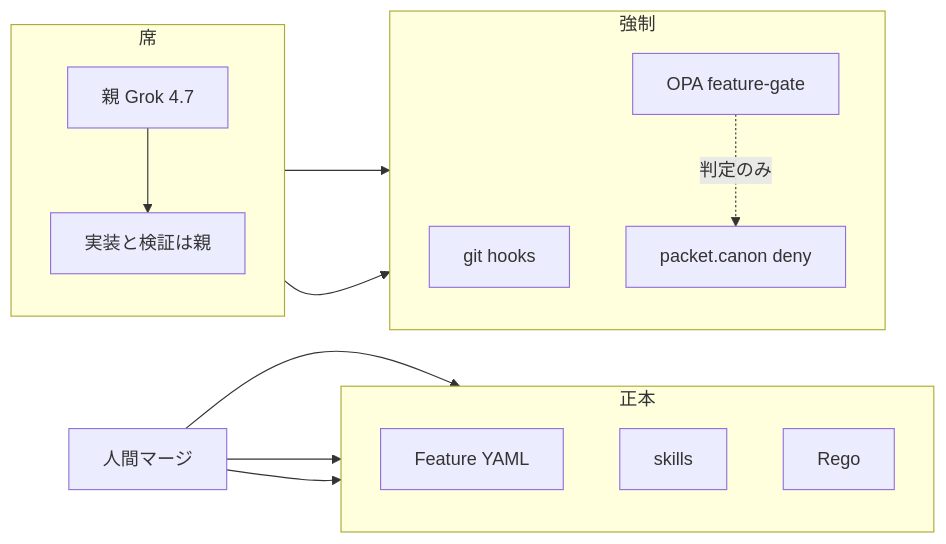
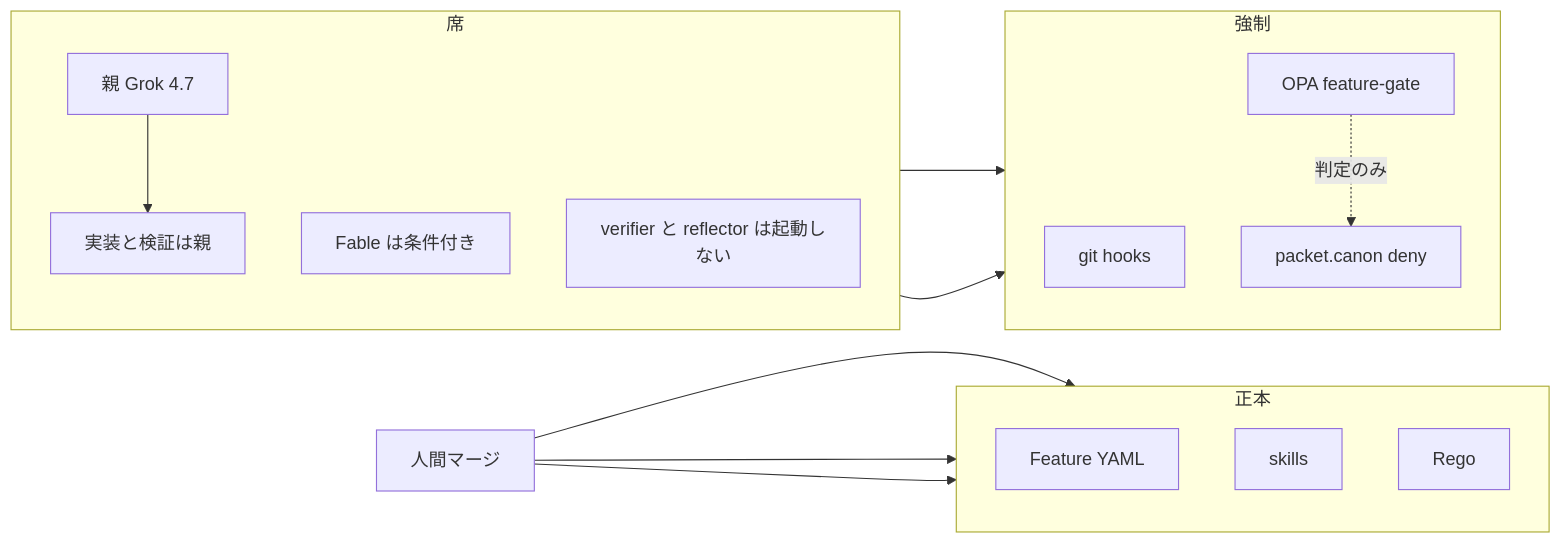
The third of 4 diagrams in README.md (marumo333/marumo333-cursor-harness), drawn with Mermaid before and after one commit. The commit also changed other lines of this file and 4 other files, not shown here.

Commit message:
docs: 図に親と条件付きのエージェントを入れる。

````diff
--- a/README.md
+++ b/README.md
@@ -140,30 +141,32 @@
 ```mermaid
 flowchart LR
   subgraph seats["席"]
     direction TB
     G["親 Grok 4.7"]
     IMP["実装と検証は親"]
+    BA["Fable は条件付き"]
+    OFF["verifier と reflector は起動しない"]
   end
 
   subgraph force["強制"]
     direction TB
     Hook["git hooks"]
     Gate["OPA feature-gate"]
     Packet["packet.canon deny"]
   end
 
   subgraph canon["正本"]
     direction TB
     Feat["Feature YAML"]
     Skill["skills"]
     Policy["Rego"]
   end
 
   G --> IMP
   IMP --> Hook
   IMP --> Gate
   Gate -.->|"判定のみ"| Packet
   HM["人間マージ"] --> Feat
   HM --> Skill
   HM --> Policy
 ```
````
